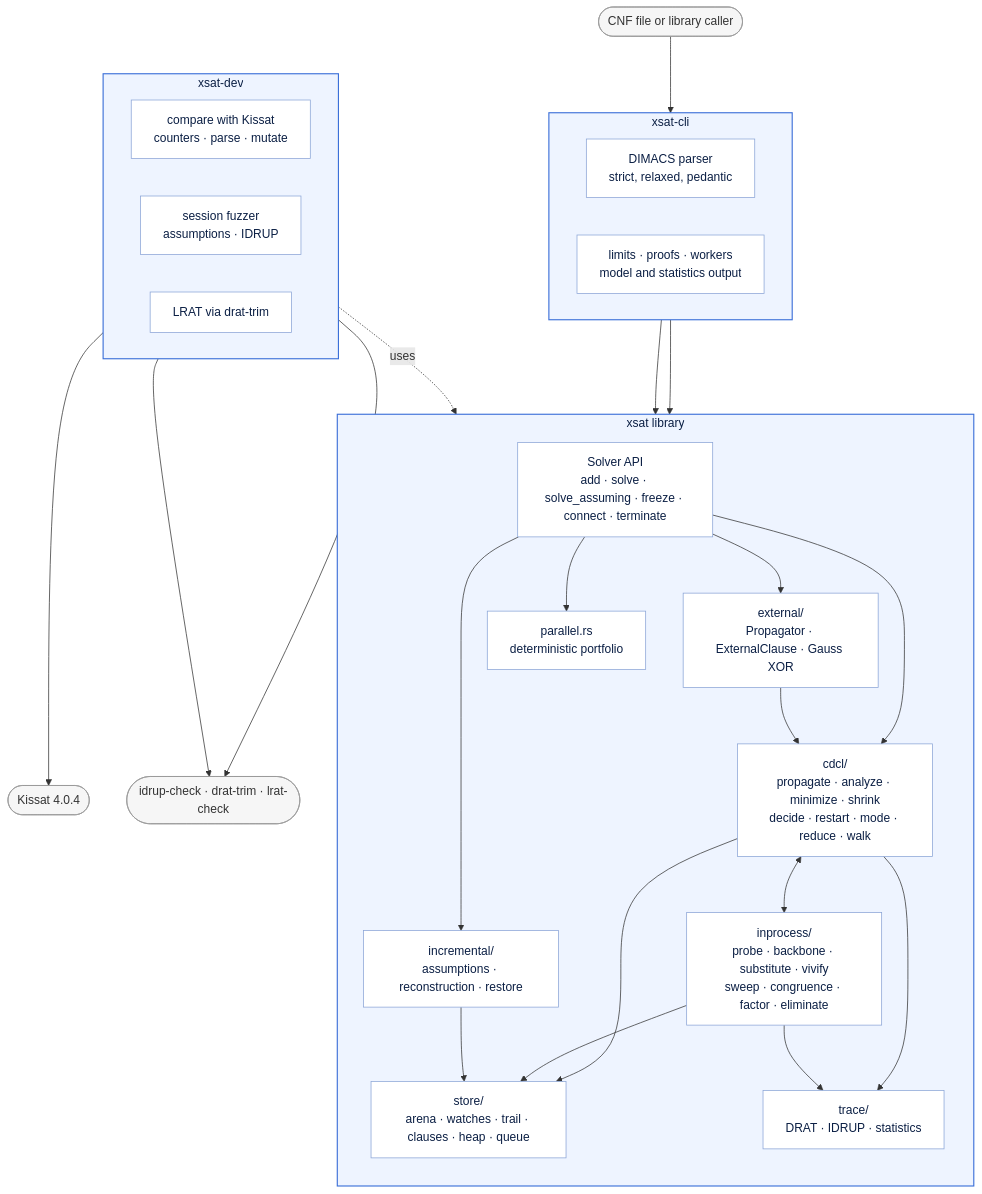
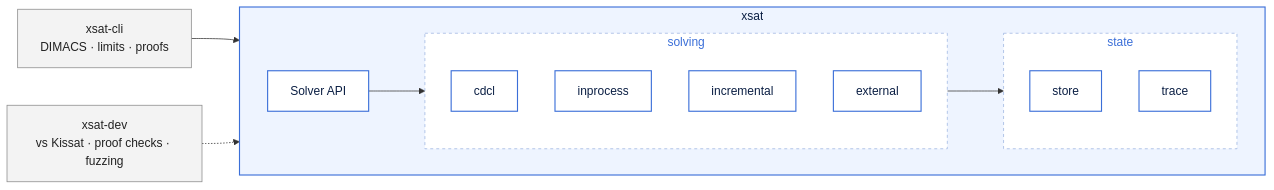
One commit to orkait/xsat changed the diagram in docs/architecture.mmd. Above: the diagram before and after it, drawn with Mermaid. The commit also changed 3 other files, not shown here.

Commit message:
docs(xsat): compact architecture and verification diagrams (#633)

```diff
--- a/docs/architecture.mmd
+++ b/docs/architecture.mmd
@@ -1,54 +1,32 @@
-flowchart TB
-  classDef module fill:#ffffff,stroke:#8aa4d6,color:#0b1f44
-  classDef outside fill:#f6f6f6,stroke:#9a9a9a,color:#333
+flowchart LR
+  classDef module fill:#ffffff,stroke:#3b6fd8,stroke-width:1.5px,color:#0b1f44
+  classDef edge fill:#f3f3f3,stroke:#8a8a8a,color:#222
 
-  user([CNF file or library caller]):::outside
+  cli["xsat-cli<br/>DIMACS · limits · proofs"]:::edge
+  dev["xsat-dev<br/>vs Kissat · proof checks · fuzzing"]:::edge
 
-  subgraph cli["xsat-cli"]
+  subgraph lib["xsat"]
     direction LR
-    parse[DIMACS parser<br/>strict, relaxed, pedantic]:::module
-    run[limits · proofs · workers<br/>model and statistics output]:::module
+    api[Solver API]:::module
+    subgraph run["solving"]
+      direction TB
+      cdcl[cdcl]:::module
+      inproc[inprocess]:::module
+      incr[incremental]:::module
+      ext[external]:::module
+    end
+    subgraph data["state"]
+      direction TB
+      store[store]:::module
+      trace[trace]:::module
+    end
   end
-  style cli fill:#eef4ff,stroke:#3b6fd8,stroke-width:1.5px,color:#0b1f44
 
-  subgraph lib["xsat library"]
-    direction TB
-    api[Solver API<br/>add · solve · solve_assuming · freeze · connect · terminate]:::module
-    cdcl[cdcl/<br/>propagate · analyze · minimize · shrink<br/>decide · restart · mode · reduce · walk]:::module
-    inproc[inprocess/<br/>probe · backbone · substitute · vivify<br/>sweep · congruence · factor · eliminate]:::module
-    incr[incremental/<br/>assumptions · reconstruction · restore]:::module
-    store[store/<br/>arena · watches · trail · clauses · heap · queue]:::module
-    ext[external/<br/>Propagator · ExternalClause · Gauss XOR]:::module
-    trace[trace/<br/>DRAT · IDRUP · statistics]:::module
-    par[parallel.rs<br/>deterministic portfolio]:::module
-  end
+  cli --> api
+  dev -.-> api
+  api --> run
+  run --> data
+
   style lib fill:#eef4ff,stroke:#3b6fd8,stroke-width:1.5px,color:#0b1f44
-
-  subgraph dev["xsat-dev"]
-    direction LR
-    cmp[compare with Kissat<br/>counters · parse · mutate]:::module
-    ses[session fuzzer<br/>assumptions · IDRUP]:::module
-    lrat[LRAT via drat-trim]:::module
-  end
-  style dev fill:#eef4ff,stroke:#3b6fd8,stroke-width:1.5px,color:#0b1f44
-
-  kissat([Kissat 4.0.4]):::outside
-  checkers([idrup-check · drat-trim · lrat-check]):::outside
-
-  user --> parse --> api
-  run --> api
-  api --> cdcl
-  api --> incr
-  api --> ext
-  api --> par
-  cdcl <--> inproc
-  cdcl --> store
-  inproc --> store
-  incr --> store
-  ext --> cdcl
-  cdcl --> trace
-  inproc --> trace
-  cmp --> kissat
-  ses --> checkers
-  lrat --> checkers
-  dev -.uses.-> lib
+  style run fill:#ffffff,stroke:#9db4e0,stroke-dasharray:4,color:#3b6fd8
+  style data fill:#ffffff,stroke:#9db4e0,stroke-dasharray:4,color:#3b6fd8
```
